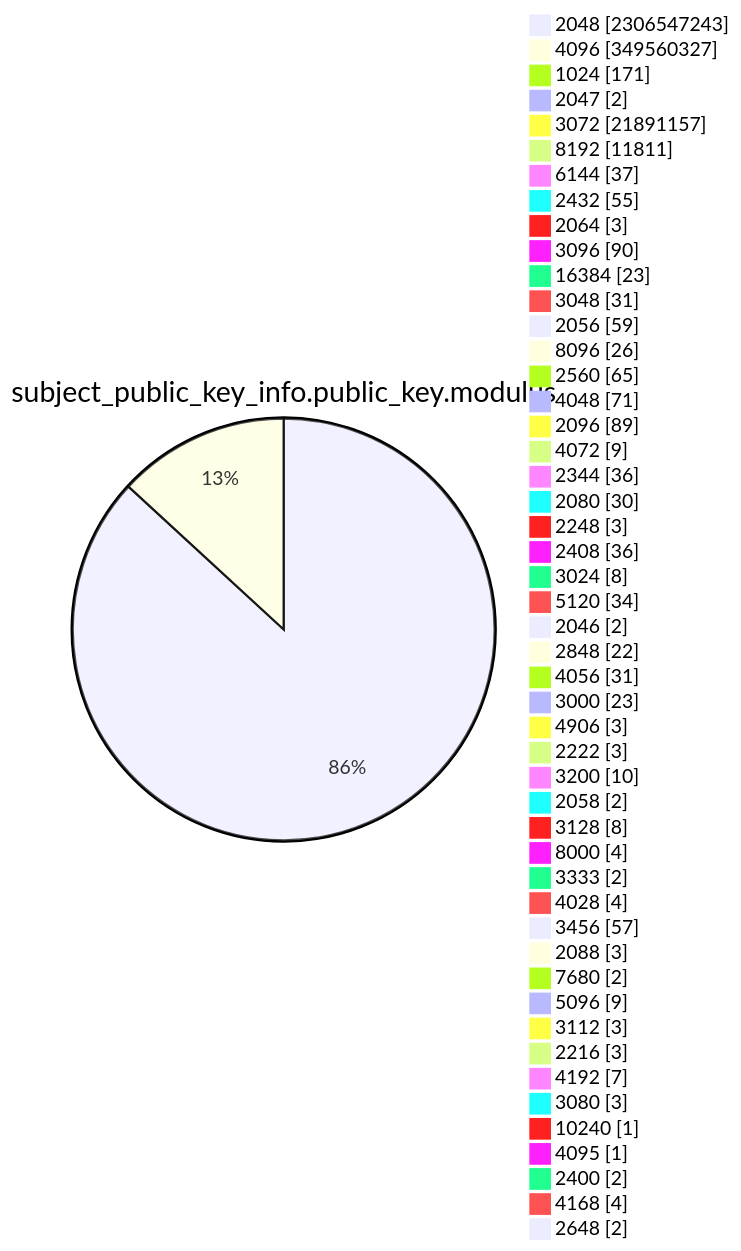
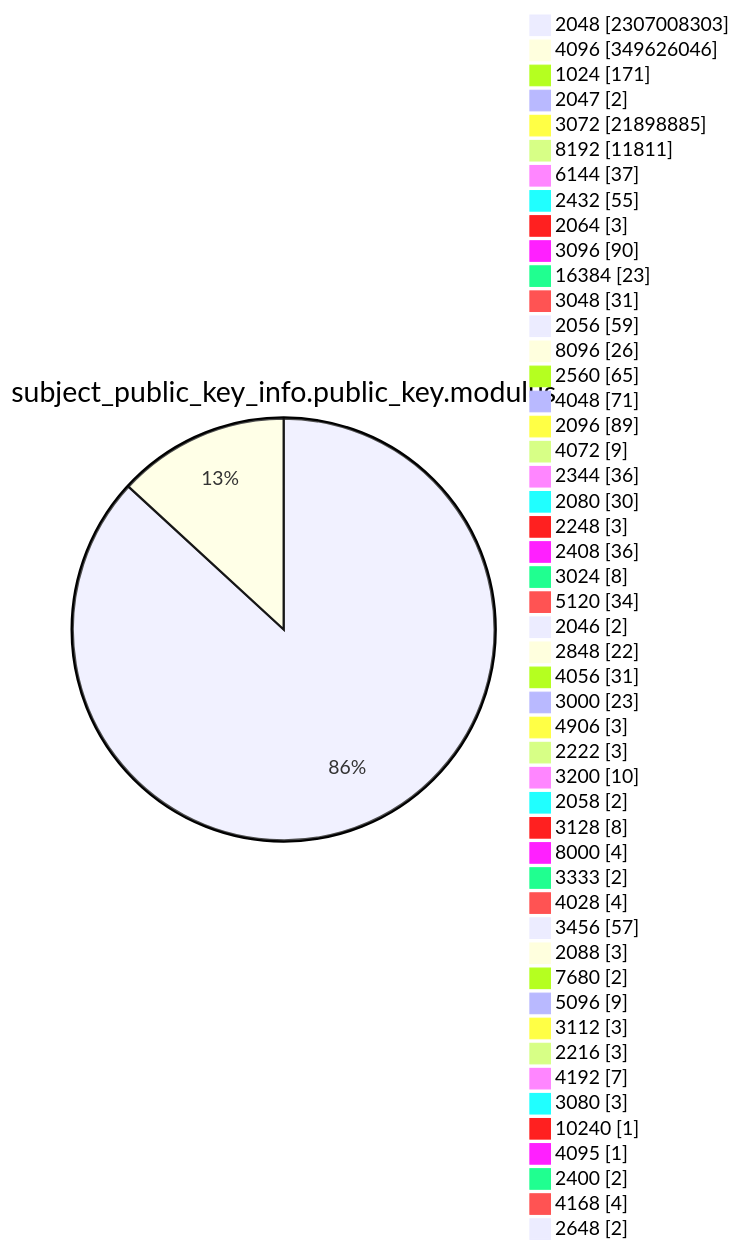
Diagram 13 of 15 in TOTAL/README.md (christiankrug/ctmonitor_visualization), drawn with Mermaid before and after one commit. The commit also changed other lines of this file, not shown here.

````diff
--- a/TOTAL/README.md
+++ b/TOTAL/README.md
@@ -4167,53 +4167,53 @@
 ```mermaid
 pie showData
 title subject_public_key_info.public_key.modulus
-"2048" :2306547243
-"4096" :349560327
+"2048" :2307008303
+"4096" :349626046
 "1024" :171
 "2047" :2
-"3072" :21891157
+"3072" :21898885
 "8192" :11811
 "6144" :37
 "2432" :55
 "2064" :3
 "3096" :90
 "16384" :23
 "3048" :31
 "2056" :59
 "8096" :26
 "2560" :65
 "4048" :71
 "2096" :89
 "4072" :9
 "2344" :36
 "2080" :30
 "2248" :3
 "2408" :36
 "3024" :8
 "5120" :34
 "2046" :2
 "2848" :22
 "4056" :31
 "3000" :23
 "4906" :3
 "2222" :3
 "3200" :10
 "2058" :2
 "3128" :8
 "8000" :4
 "3333" :2
 "4028" :4
 "3456" :57
 "2088" :3
 "7680" :2
 "5096" :9
 "3112" :3
 "2216" :3
 "4192" :7
 "3080" :3
 "10240" :1
 "4095" :1
 "2400" :2
 "4168" :4
 "2648" :2
 ```
````
